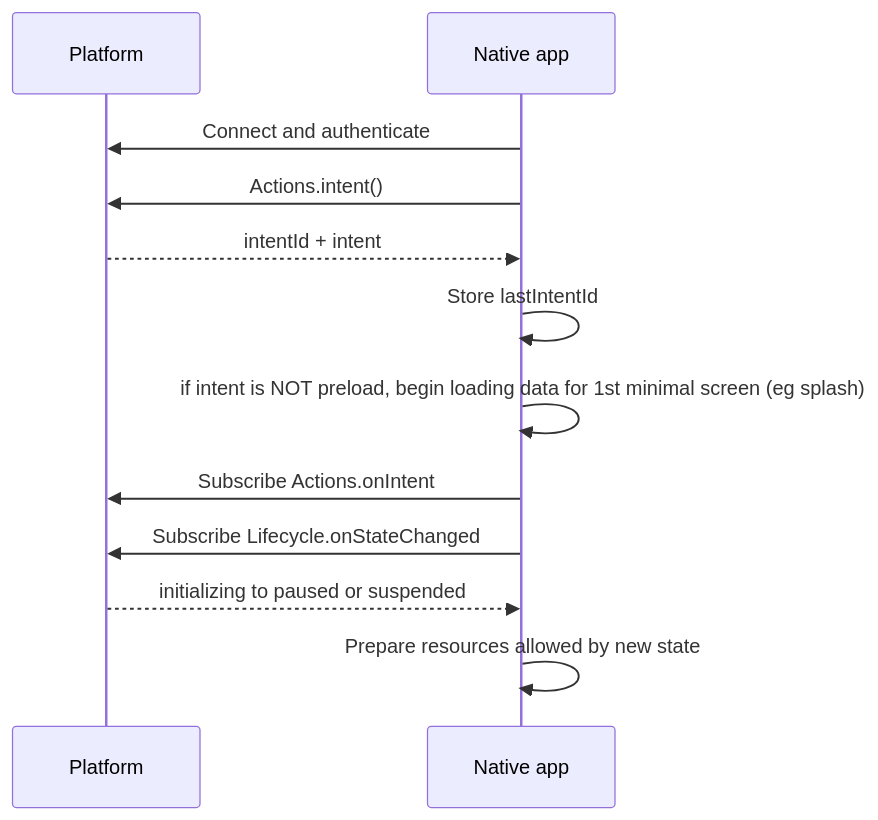
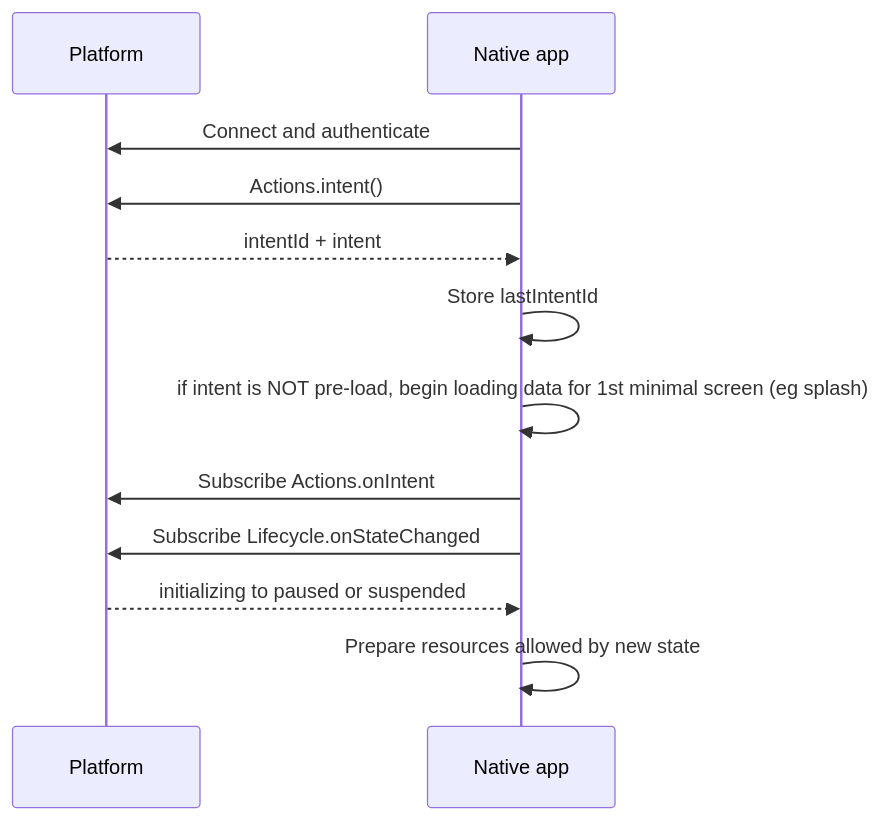
One commit to bcatrysse/docs changed the first of 2 diagrams in LifecycleAndIntents.md. Above: the diagram before and after it, drawn with Mermaid. The commit also changed other lines of this file, not shown here.

First line of the commit message:
pre-load iso preload

````diff
--- a/LifecycleAndIntents.md
+++ b/LifecycleAndIntents.md
@@ -47,15 +47,15 @@
 ```mermaid
 sequenceDiagram
 	participant P as Platform
 	participant A as Native app
 
 	A->>P: Connect and authenticate
 	A->>P: Actions.intent()
 	P-->>A: intentId + intent
 	A->>A: Store lastIntentId
-	A->>A: if intent is NOT preload, begin loading data for 1st minimal screen (eg splash)
+	A->>A: if intent is NOT pre-load, begin loading data for 1st minimal screen (eg splash)
 	A->>P: Subscribe Actions.onIntent
 	A->>P: Subscribe Lifecycle.onStateChanged
 	P-->>A: initializing to paused or suspended
 	A->>A: Prepare resources allowed by new state
 ```
````
